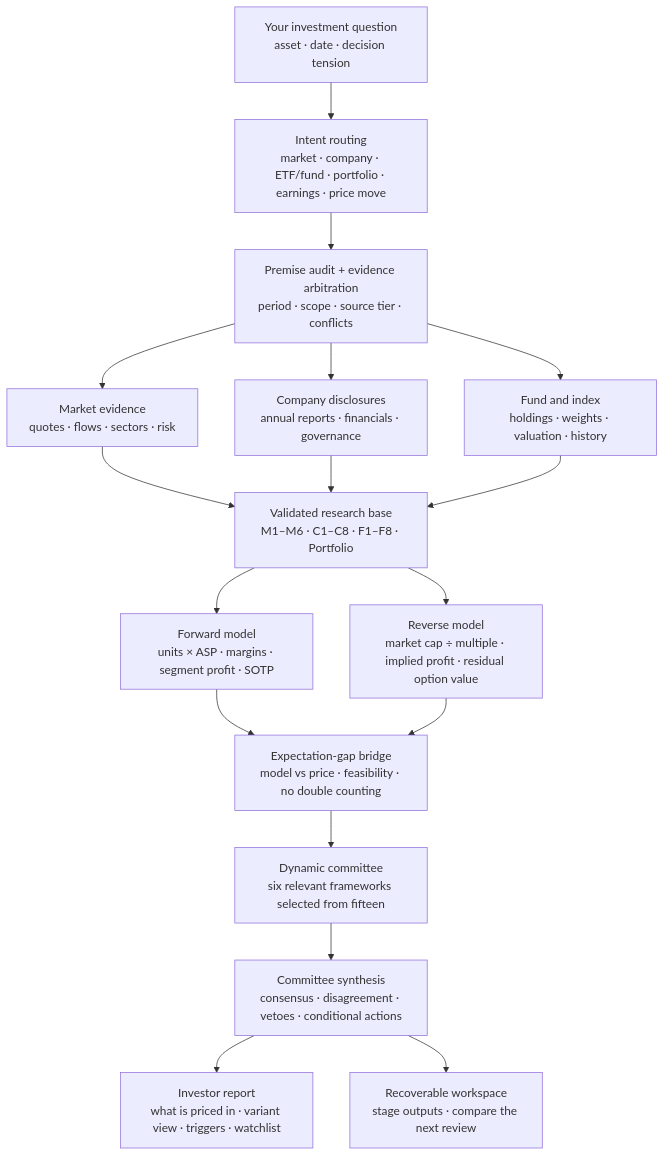
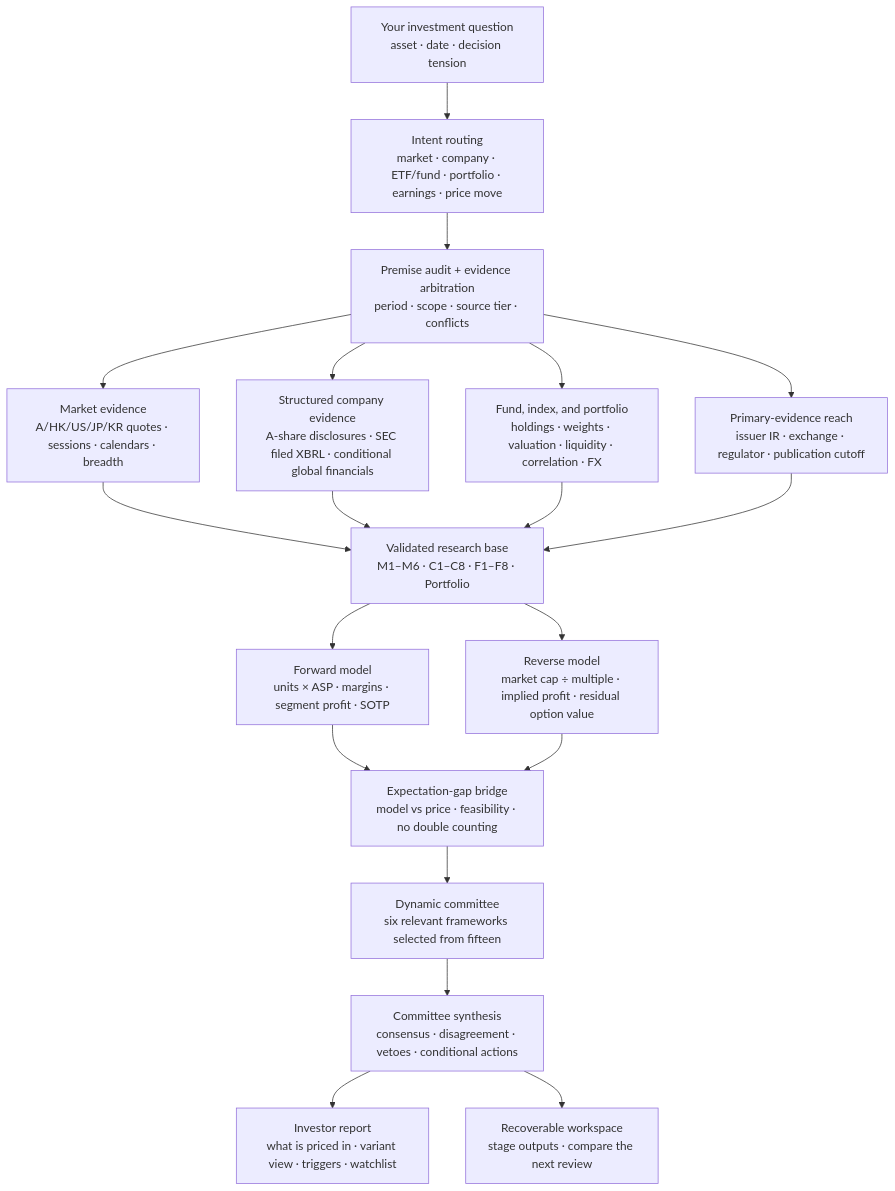
One commit to AdvancingTitans/stock-analysis changed the first of 2 diagrams in README.md. Above: the diagram before and after it, drawn with Mermaid. The commit also changed other lines of this file and 73 other files, not shown here.

````diff
--- a/README.md
+++ b/README.md
@@ -134,19 +136,21 @@
 ```mermaid
 flowchart TB
     U["Your investment question\nasset · date · decision tension"] --> I["Intent routing\nmarket · company · ETF/fund · portfolio · earnings · price move"]
     I --> P["Premise audit + evidence arbitration\nperiod · scope · source tier · conflicts"]
-    P --> C1["Market evidence\nquotes · flows · sectors · risk"]
-    P --> C2["Company disclosures\nannual reports · financials · governance"]
-    P --> C3["Fund and index\nholdings · weights · valuation · history"]
+    P --> C1["Market evidence\nA/HK/US/JP/KR quotes · sessions · calendars · breadth"]
+    P --> C2["Structured company evidence\nA-share disclosures · SEC filed XBRL · conditional global financials"]
+    P --> C3["Fund, index, and portfolio\nholdings · weights · valuation · liquidity · correlation · FX"]
+    P --> C4["Primary-evidence reach\nissuer IR · exchange · regulator · publication cutoff"]
     C1 --> V["Validated research base\nM1–M6 · C1–C8 · F1–F8 · Portfolio"]
     C2 --> V
     C3 --> V
+    C4 --> V
     V --> F["Forward model\nunits × ASP · margins · segment profit · SOTP"]
     V --> B["Reverse model\nmarket cap ÷ multiple · implied profit · residual option value"]
     F --> G["Expectation-gap bridge\nmodel vs price · feasibility · no double counting"]
     B --> G
     G --> K["Dynamic committee\nsix relevant frameworks selected from fifteen"]
     K --> S["Committee synthesis\nconsensus · disagreement · vetoes · conditional actions"]
     S --> R["Investor report\nwhat is priced in · variant view · triggers · watchlist"]
     S --> W["Recoverable workspace\nstage outputs · compare the next review"]
 ```
````
